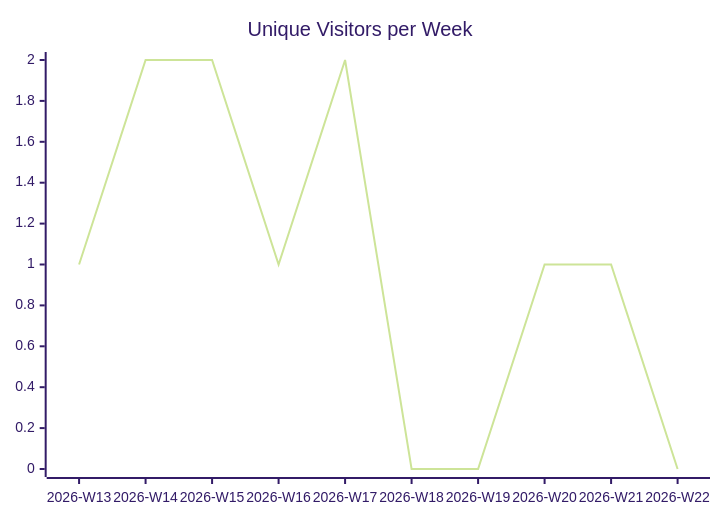
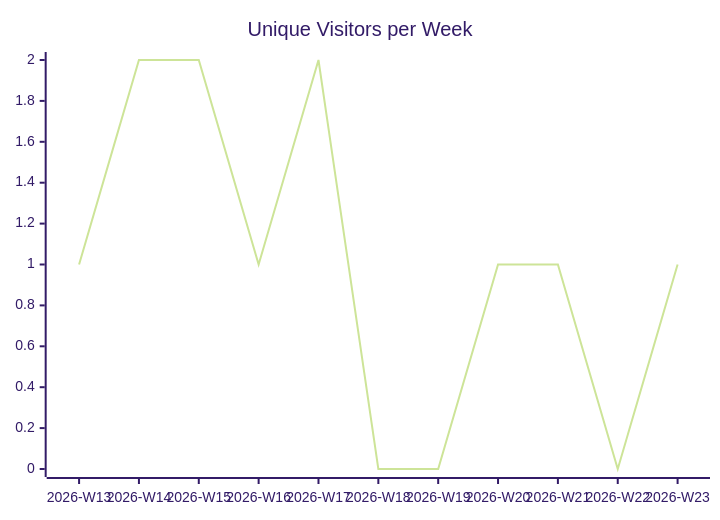
Before and after one commit to justdavis-family/github-analytics-data: the first of 3 diagrams in karlmdavis/fhir-benchmarks/README.md, drawn with Mermaid (forest theme). The commit also changed other lines of this file and 186 other files, not shown here.

````diff
--- a/karlmdavis/fhir-benchmarks/README.md
+++ b/karlmdavis/fhir-benchmarks/README.md
@@ -5,6 +5,6 @@
 ```mermaid
 xychart-beta
   title "Unique Visitors per Week"
-  x-axis ["2026-W13", "2026-W14", "2026-W15", "2026-W16", "2026-W17", "2026-W18", "2026-W19", "2026-W20", "2026-W21", "2026-W22"]
-  line [1, 2, 2, 1, 2, 0, 0, 1, 1, 0]
+  x-axis ["2026-W13", "2026-W14", "2026-W15", "2026-W16", "2026-W17", "2026-W18", "2026-W19", "2026-W20", "2026-W21", "2026-W22", "2026-W23"]
+  line [1, 2, 2, 1, 2, 0, 0, 1, 1, 0, 1]
 ```
````
